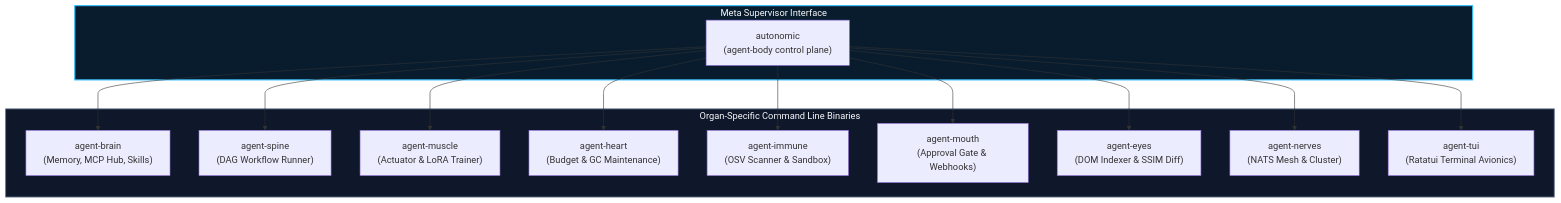
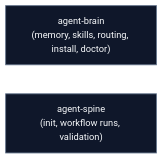
One commit to autonomic-ai-dev/website changed the diagram in src/routes/docs/cli/+page.md. Above: the diagram before and after it, drawn with Mermaid. The commit also changed other lines of this file and 35 other files, not shown here.

First line of the commit message:
docs: scope website to agent-brain and agent-spine (#21)

````diff
--- a/src/routes/docs/cli/+page.md
+++ b/src/routes/docs/cli/+page.md
@@ -15,33 +12,8 @@
 ```mermaid
-flowchart TD
-    subgraph MetaCLI["Meta Supervisor Interface"]
-        Auto["autonomic\n(agent-body control plane)"]
-    end
+flowchart LR
+    Brain["agent-brain\n(memory, skills, routing, install, doctor)"]
+    Spine["agent-spine\n(init, workflow runs, validation)"]
 
-    subgraph Organs["Organ-Specific Command Line Binaries"]
-        Brain["agent-brain\n(Memory, MCP Hub, Skills)"]
-        Spine["agent-spine\n(DAG Workflow Runner)"]
-        Muscle["agent-muscle\n(Actuator & LoRA Trainer)"]
-        Heart["agent-heart\n(Budget & GC Maintenance)"]
-        Immune["agent-immune\n(OSV Scanner & Sandbox)"]
-        Mouth["agent-mouth\n(Approval Gate & Webhooks)"]
-        Eyes["agent-eyes\n(DOM Indexer & SSIM Diff)"]
-        Nerves["agent-nerves\n(NATS Mesh & Cluster)"]
-        TUI["agent-tui\n(Ratatui Terminal Avionics)"]
-    end
-
-    Auto --> Brain
-    Auto --> Spine
-    Auto --> Muscle
-    Auto --> Heart
-    Auto --> Immune
-    Auto --> Mouth
-    Auto --> Eyes
-    Auto --> Nerves
-    Auto --> TUI
-
-    classDef meta fill:#081c2e,stroke:#38bdf8,stroke-width:2px,color:#f8fafc;
     classDef organ fill:#0f172a,stroke:#64748b,stroke-width:1.5px,color:#f8fafc;
-    class MetaCLI meta;
-    class Organs organ;
+    class Brain,Spine organ;
 ```
````
